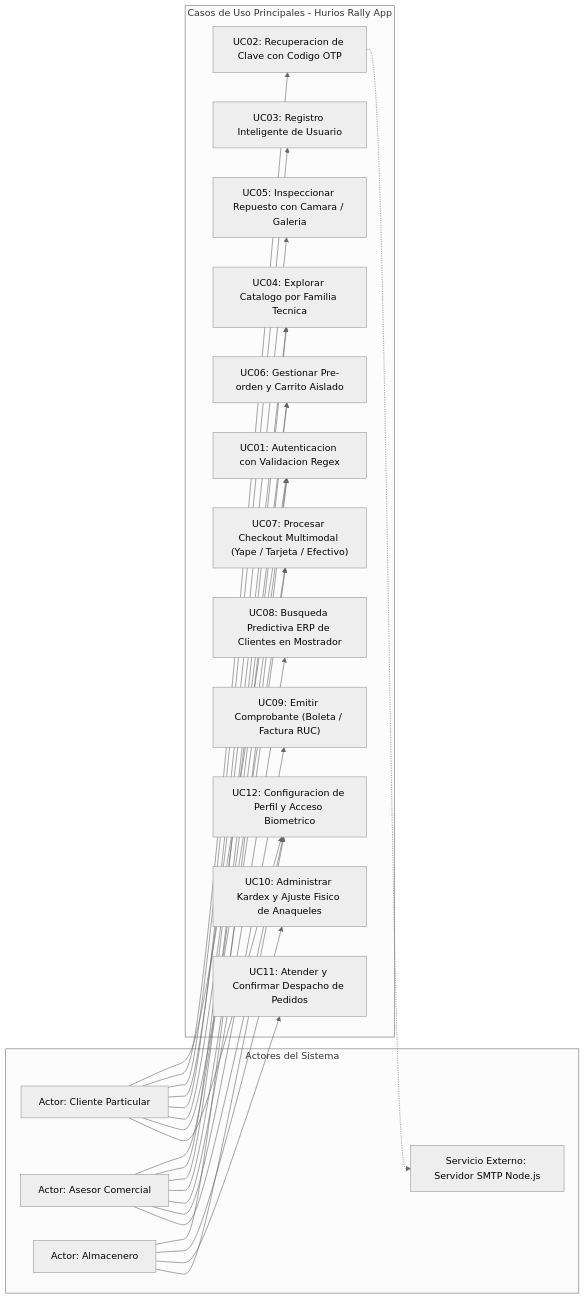
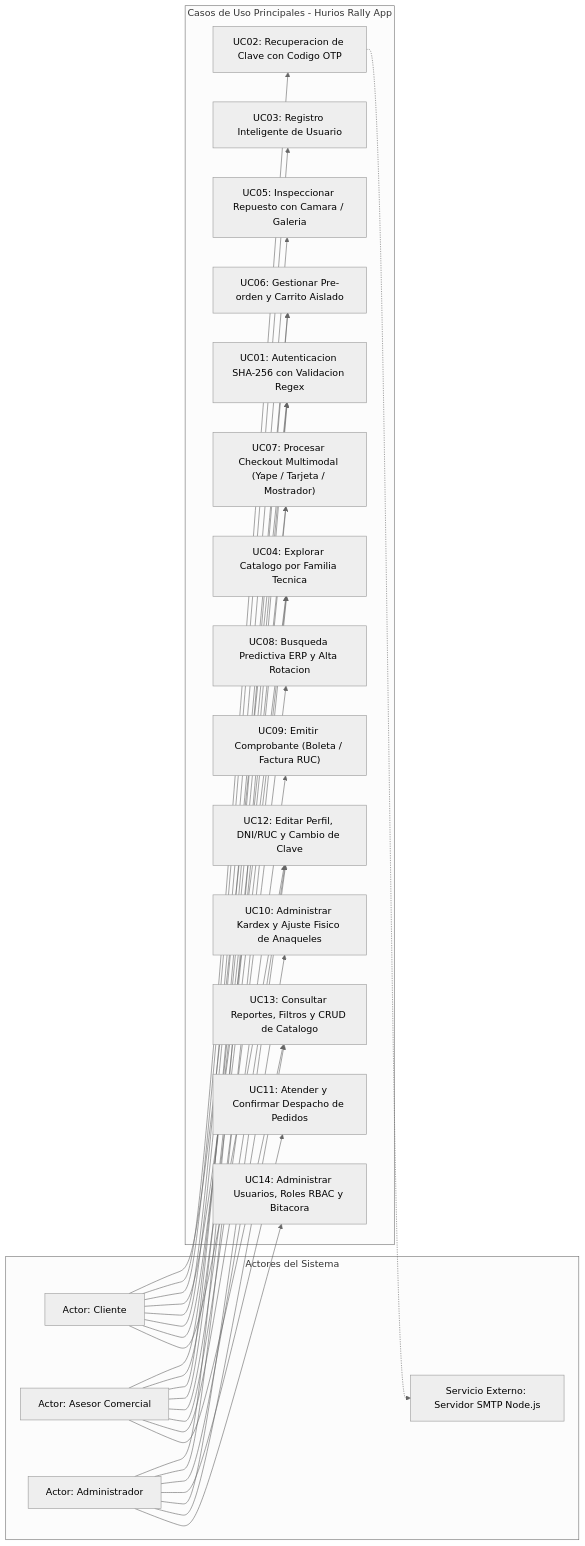
One commit to EduMoralesCar/HuriosRally-App changed the first of 9 diagrams in docs/diagramas_ingenieria.md. Above: the diagram before and after it, drawn with Mermaid (neutral theme). The commit also changed other lines of this file, not shown here.

Commit message:
docs(uml): actualizar diagramas de arquitectura SDK 58, rol Administrador y servicio criptografico SHA-256

````diff
--- a/docs/diagramas_ingenieria.md
+++ b/docs/diagramas_ingenieria.md
@@ -27,48 +28,54 @@
 ```mermaid
 flowchart LR
   subgraph Actores["Actores del Sistema"]
-    A1["Actor: Cliente Particular"]
+    A1["Actor: Cliente"]
     A2["Actor: Asesor Comercial"]
-    A3["Actor: Almacenero"]
+    A3["Actor: Administrador"]
     A4["Servicio Externo: Servidor SMTP Node.js"]
   end
 
   subgraph CasosDeUso["Casos de Uso Principales - Hurios Rally App"]
-    UC01["UC01: Autenticacion con Validacion Regex"]
+    UC01["UC01: Autenticacion SHA-256 con Validacion Regex"]
     UC02["UC02: Recuperacion de Clave con Codigo OTP"]
     UC03["UC03: Registro Inteligente de Usuario"]
     UC04["UC04: Explorar Catalogo por Familia Tecnica"]
     UC05["UC05: Inspeccionar Repuesto con Camara / Galeria"]
     UC06["UC06: Gestionar Pre-orden y Carrito Aislado"]
-    UC07["UC07: Procesar Checkout Multimodal (Yape / Tarjeta / Efectivo)"]
-    UC08["UC08: Busqueda Predictiva ERP de Clientes en Mostrador"]
+    UC07["UC07: Procesar Checkout Multimodal (Yape / Tarjeta / Mostrador)"]
+    UC08["UC08: Busqueda Predictiva ERP y Alta Rotacion"]
     UC09["UC09: Emitir Comprobante (Boleta / Factura RUC)"]
     UC10["UC10: Administrar Kardex y Ajuste Fisico de Anaqueles"]
     UC11["UC11: Atender y Confirmar Despacho de Pedidos"]
-    UC12["UC12: Configuracion de Perfil y Acceso Biometrico"]
+    UC12["UC12: Editar Perfil, DNI/RUC y Cambio de Clave"]
+    UC13["UC13: Consultar Reportes, Filtros y CRUD de Catalogo"]
+    UC14["UC14: Administrar Usuarios, Roles RBAC y Bitacora"]
   end
 
   A1 --> UC01
   A1 --> UC02
   A1 --> UC03
   A1 --> UC04
   A1 --> UC05
   A1 --> UC06
   A1 --> UC07
   A1 --> UC12
 
   A2 --> UC01
   A2 --> UC04
   A2 --> UC06
   A2 --> UC07
   A2 --> UC08
   A2 --> UC09
   A2 --> UC12
+  A2 --> UC13
 
   A3 --> UC01
+  A3 --> UC04
   A3 --> UC10
   A3 --> UC11
   A3 --> UC12
+  A3 --> UC13
+  A3 --> UC14
 
   UC02 -.-> A4
 ```
````
